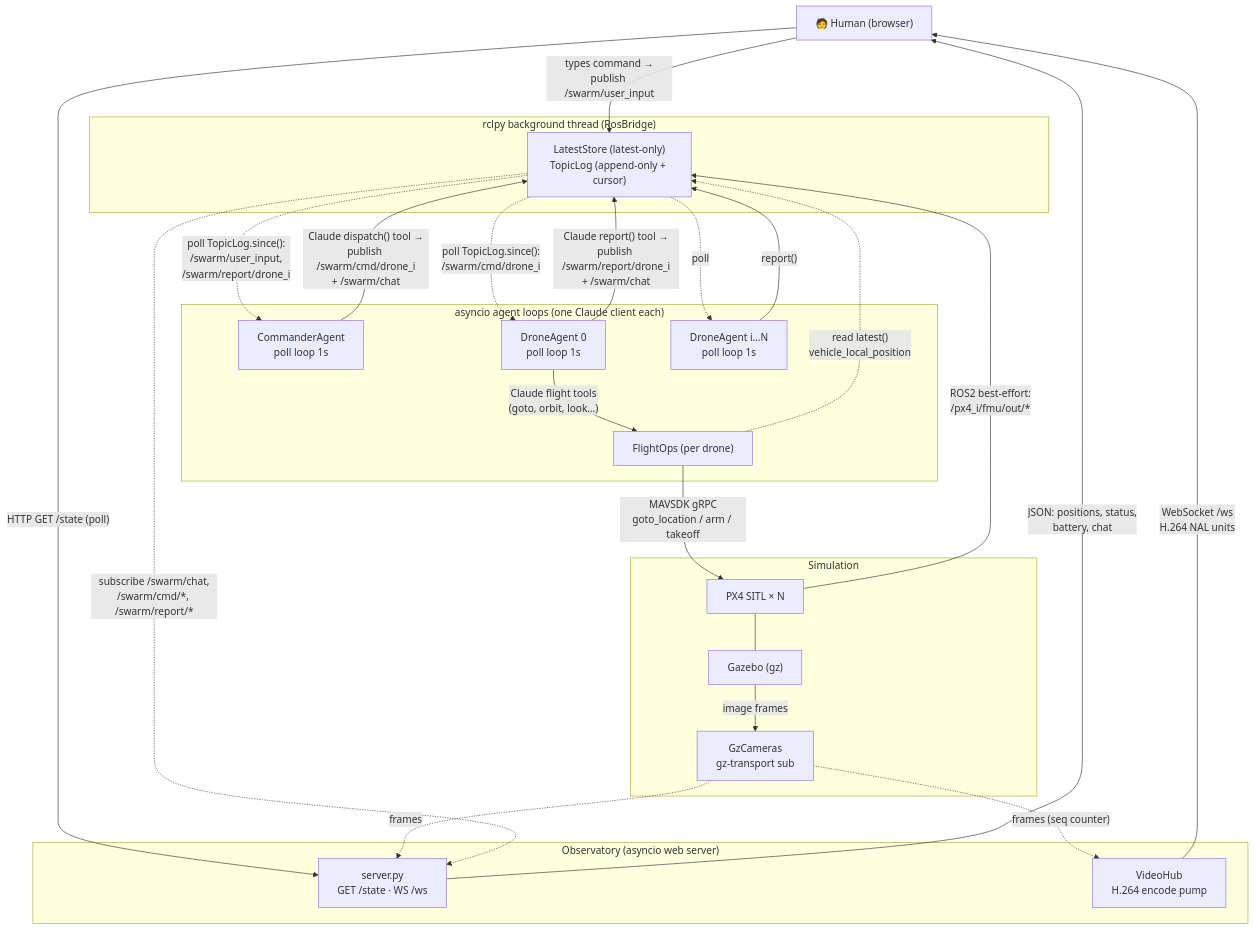
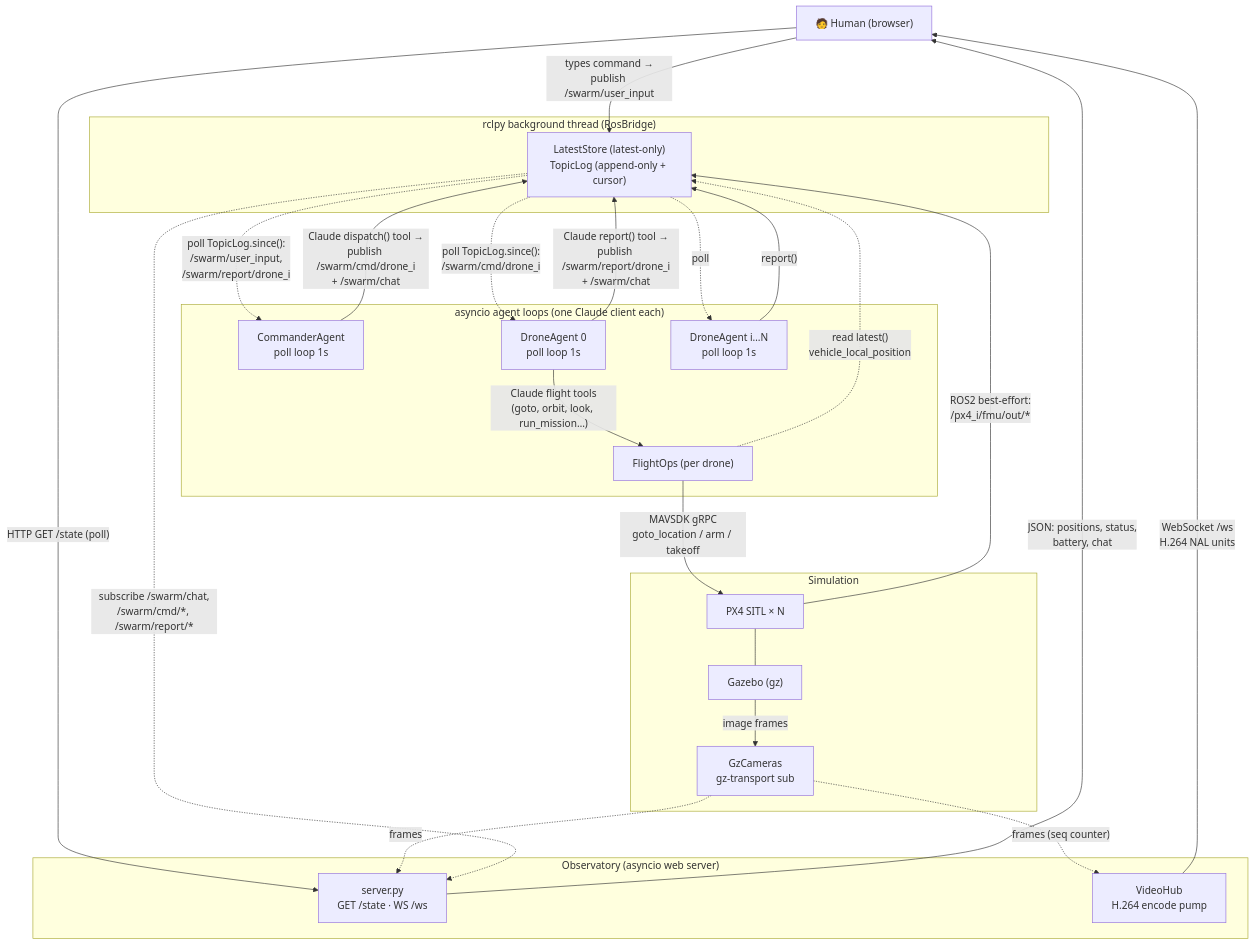
One commit to jonasbrami/squawd changed the fourth of 7 diagrams in docs/architecture.md. Above: the diagram before and after it, drawn with Mermaid. The commit also changed other lines of this file, not shown here.

First line of the commit message:
docs(architecture): document run_mission flight tool (#12)

````diff
--- a/docs/architecture.md
+++ b/docs/architecture.md
@@ -203,57 +208,57 @@
 ```mermaid
 flowchart TB
     Human["🧑 Human (browser)"]
 
     subgraph OBS["Observatory (asyncio web server)"]
         Server["server.py<br/>GET /state · WS /ws"]
         VideoHub["VideoHub<br/>H.264 encode pump"]
     end
 
     subgraph ASYNC["asyncio agent loops (one Claude client each)"]
         Commander["CommanderAgent<br/>poll loop 1s"]
         Drone0["DroneAgent 0<br/>poll loop 1s"]
         DroneN["DroneAgent i…N<br/>poll loop 1s"]
         FlightOps["FlightOps (per drone)"]
     end
 
     subgraph THREAD["rclpy background thread (RosBridge)"]
         Store["LatestStore (latest-only)<br/>TopicLog (append-only + cursor)"]
     end
 
     subgraph SIM["Simulation"]
         PX4["PX4 SITL × N"]
         Gazebo["Gazebo (gz)"]
         GzCam["GzCameras<br/>gz-transport sub"]
     end
 
     %% Human <-> observatory
     Human -- "HTTP GET /state (poll)" --> Server
     Server -- "JSON: positions, status,<br/>battery, chat" --> Human
     VideoHub -- "WebSocket /ws<br/>H.264 NAL units" --> Human
     Human -- "types command →<br/>publish /swarm/user_input" --> Store
 
     %% Commander
     Store -. "poll TopicLog.since():<br/>/swarm/user_input,<br/>/swarm/report/drone_i" .-> Commander
     Commander -- "Claude dispatch() tool →<br/>publish /swarm/cmd/drone_i<br/>+ /swarm/chat" --> Store
 
     %% Drones
     Store -. "poll TopicLog.since():<br/>/swarm/cmd/drone_i" .-> Drone0
     Store -. "poll" .-> DroneN
     Drone0 -- "Claude report() tool →<br/>publish /swarm/report/drone_i<br/>+ /swarm/chat" --> Store
     DroneN -- "report()" --> Store
 
     %% Flight actuation
-    Drone0 -- "Claude flight tools<br/>(goto, orbit, look…)" --> FlightOps
+    Drone0 -- "Claude flight tools<br/>(goto, orbit, look, run_mission…)" --> FlightOps
     FlightOps -. "read latest()<br/>vehicle_local_position" .-> Store
     FlightOps -- "MAVSDK gRPC<br/>goto_location / arm / takeoff" --> PX4
 
     %% Telemetry & cameras into the bridge
     PX4 -- "ROS2 best-effort:<br/>/px4_i/fmu/out/*" --> Store
     Gazebo -- "image frames" --> GzCam
     GzCam -. "frames (seq counter)" .-> VideoHub
     GzCam -. "frames" .-> Server
     PX4 --- Gazebo
 
     %% Observatory mirrors chat
     Store -. "subscribe /swarm/chat,<br/>/swarm/cmd/*, /swarm/report/*" .-> Server
 ```
````
